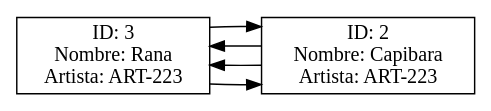
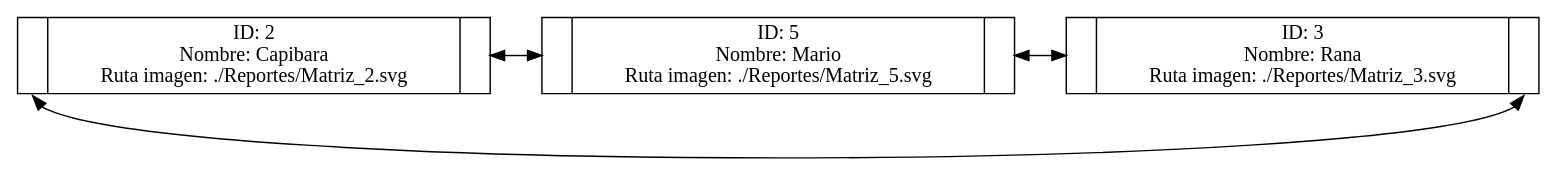
Before and after one commit to MelvinGGS/IPC2_ProyectoVD2024_202300712: the diagram in reportesdot/Lista_Doble_IPC-001.dot, drawn with Graphviz. The commit also changed 32 other files, not shown here.

```diff
--- a/reportesdot/Lista_Doble_IPC-001.dot
+++ b/reportesdot/Lista_Doble_IPC-001.dot
@@ -1,10 +1,10 @@
 digraph G {
     rankdir=LR;
-    node[shape=record];
-    nodo0[label="ID: 3\nNombre: Rana\nArtista: ART-223"];
-    nodo0 -> nodo1;
-    nodo1 -> nodo0;
-    nodo1[label="ID: 2\nNombre: Capibara\nArtista: ART-223"];
-    nodo1 -> nodo0;
-    nodo0 -> nodo1;
+    node[shape=record, height=.1]
+    nodo0[label="{<f1>|ID: 2\nNombre: Capibara\nRuta imagen: ./Reportes/Matriz_2.svg\n|<f2>}"];
+    nodo1[label="{<f1>|ID: 5\nNombre: Mario\nRuta imagen: ./Reportes/Matriz_5.svg\n|<f2>}"];
+    nodo2[label="{<f1>|ID: 3\nNombre: Rana\nRuta imagen: ./Reportes/Matriz_3.svg\n|<f2>}"];
+    nodo0:f2 -> nodo1:f1[dir=both];
+    nodo1:f2 -> nodo2:f1[dir=both];
+    nodo0:f1 -> nodo2:f2 [dir=both constraint=false];
 }
```
